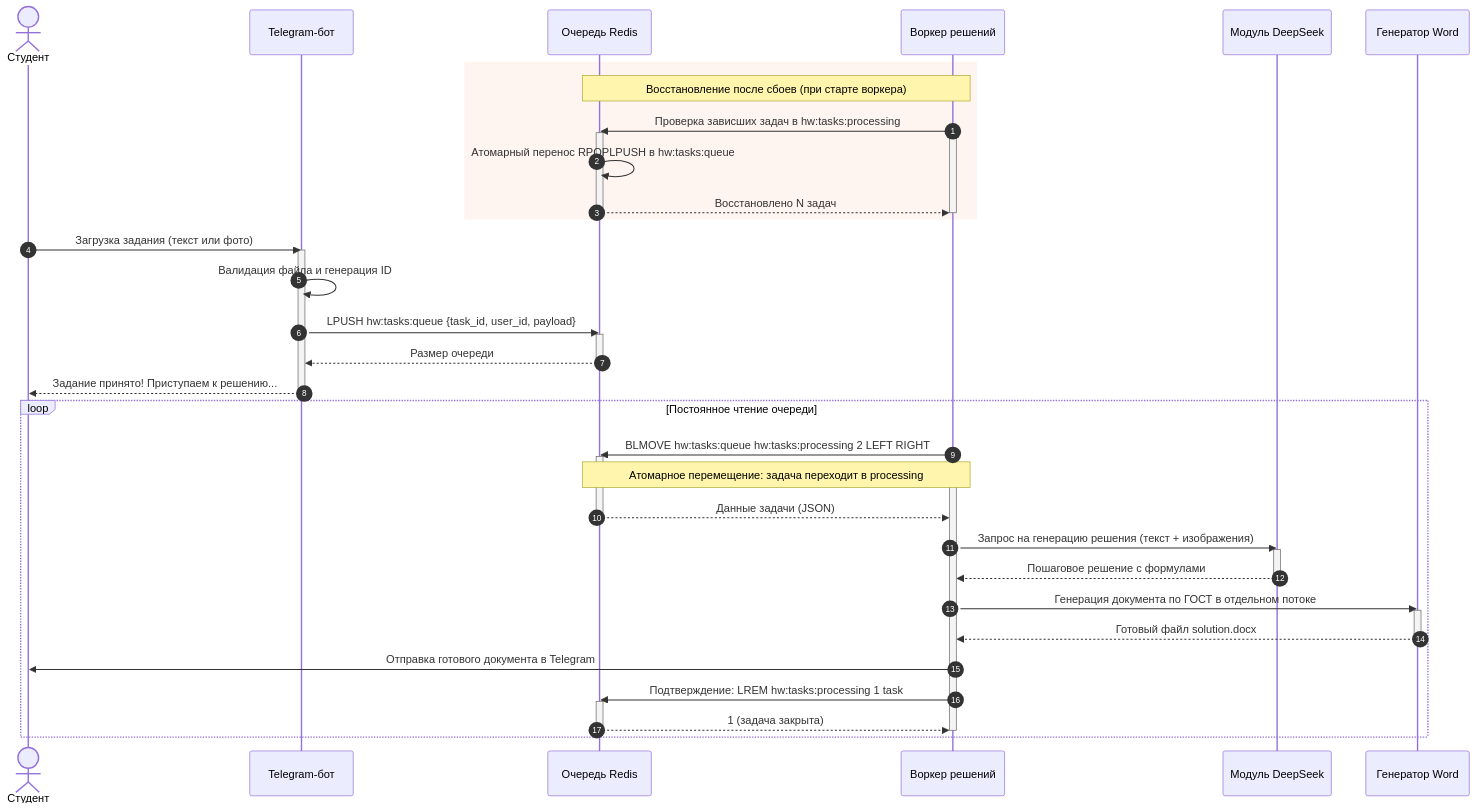
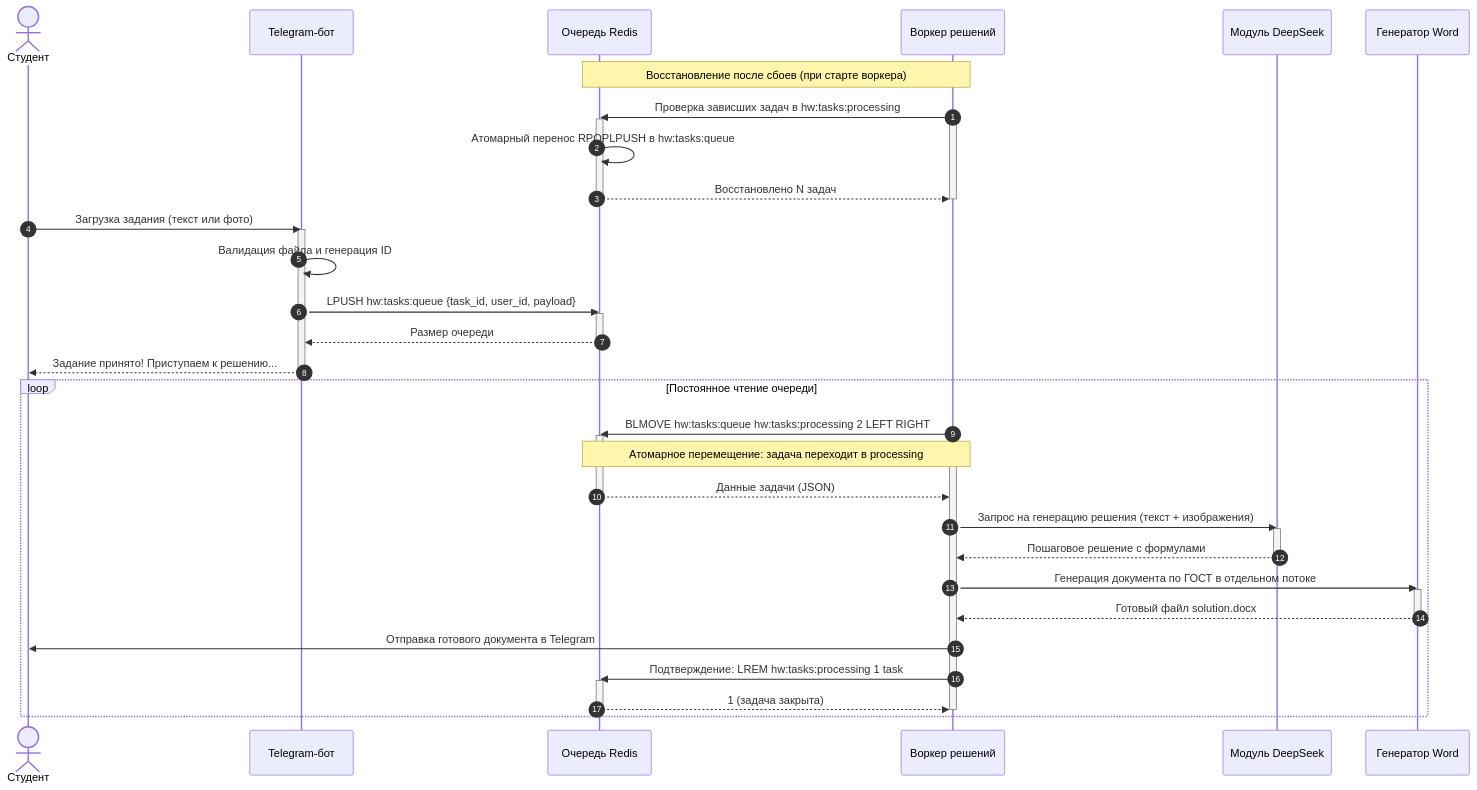
The fourth of 6 diagrams in docs/UML.md (Utkautka1/para), drawn with Mermaid before and after one commit. The commit also changed other lines of this file, not shown here.

Commit message:
docs: исправление синтаксиса flowchart TD и контрастности темной темы в GitHub

````diff
--- a/docs/UML.md
+++ b/docs/UML.md
@@ -344,58 +343,56 @@
 ```mermaid
 sequenceDiagram
     autonumber
     actor Student as Студент
     participant Bot as Telegram-бот
     participant Redis as Очередь Redis
     participant Solver as Воркер решений
     participant NeuralNet as Модуль DeepSeek
     participant Docx as Генератор Word
 
-    rect rgb(255, 245, 240)
-        note over Solver,Redis: Восстановление после сбоев (при старте воркера)
-        Solver->>Redis: Проверка зависших задач в hw:tasks:processing
-        activate Solver
-        activate Redis
-        Redis->>Redis: Атомарный перенос RPOPLPUSH в hw:tasks:queue
-        Redis-->>Solver: Восстановлено N задач
-        deactivate Redis
-        deactivate Solver
-    end
+    note over Solver,Redis: Восстановление после сбоев (при старте воркера)
+    Solver->>Redis: Проверка зависших задач в hw:tasks:processing
+    activate Solver
+    activate Redis
+    Redis->>Redis: Атомарный перенос RPOPLPUSH в hw:tasks:queue
+    Redis-->>Solver: Восстановлено N задач
+    deactivate Redis
+    deactivate Solver
 
     Student->>Bot: Загрузка задания (текст или фото)
     activate Bot
     Bot->>Bot: Валидация файла и генерация ID
     Bot->>Redis: LPUSH hw:tasks:queue {task_id, user_id, payload}
     activate Redis
     Redis-->>Bot: Размер очереди
     deactivate Redis
     Bot-->>Student: Задание принято! Приступаем к решению...
     deactivate Bot
 
     loop Постоянное чтение очереди
         Solver->>Redis: BLMOVE hw:tasks:queue hw:tasks:processing 2 LEFT RIGHT
         activate Solver
         activate Redis
         note over Solver,Redis: Атомарное перемещение: задача переходит в processing
         Redis-->>Solver: Данные задачи (JSON)
         deactivate Redis
 
         Solver->>NeuralNet: Запрос на генерацию решения (текст + изображения)
         activate NeuralNet
         NeuralNet-->>Solver: Пошаговое решение с формулами
         deactivate NeuralNet
 
         Solver->>Docx: Генерация документа по ГОСТ в отдельном потоке
         activate Docx
         Docx-->>Solver: Готовый файл solution.docx
         deactivate Docx
 
         Solver->>Student: Отправка готового документа в Telegram
         
         Solver->>Redis: Подтверждение: LREM hw:tasks:processing 1 task
         activate Redis
         Redis-->>Solver: 1 (задача закрыта)
         deactivate Redis
         deactivate Solver
     end
 ```
````
